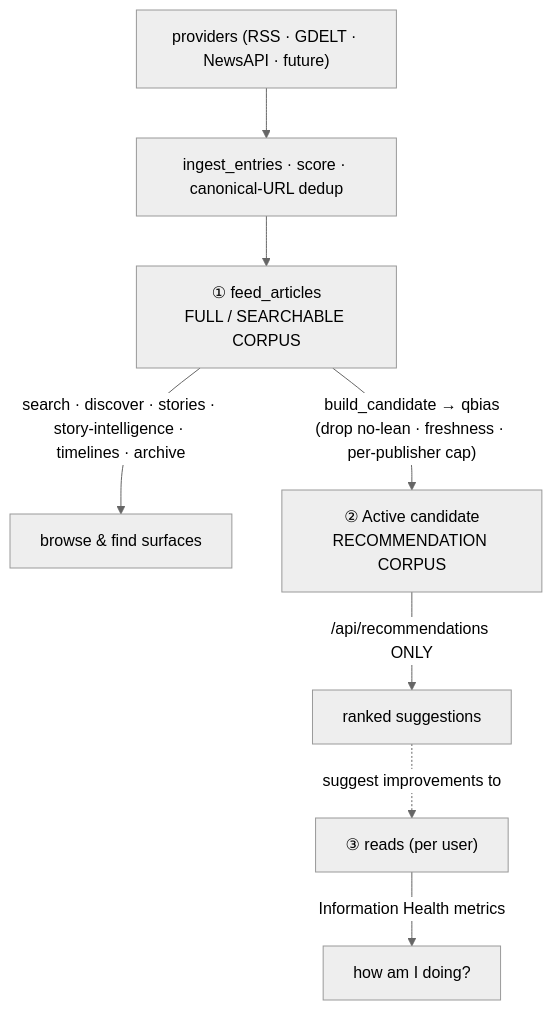
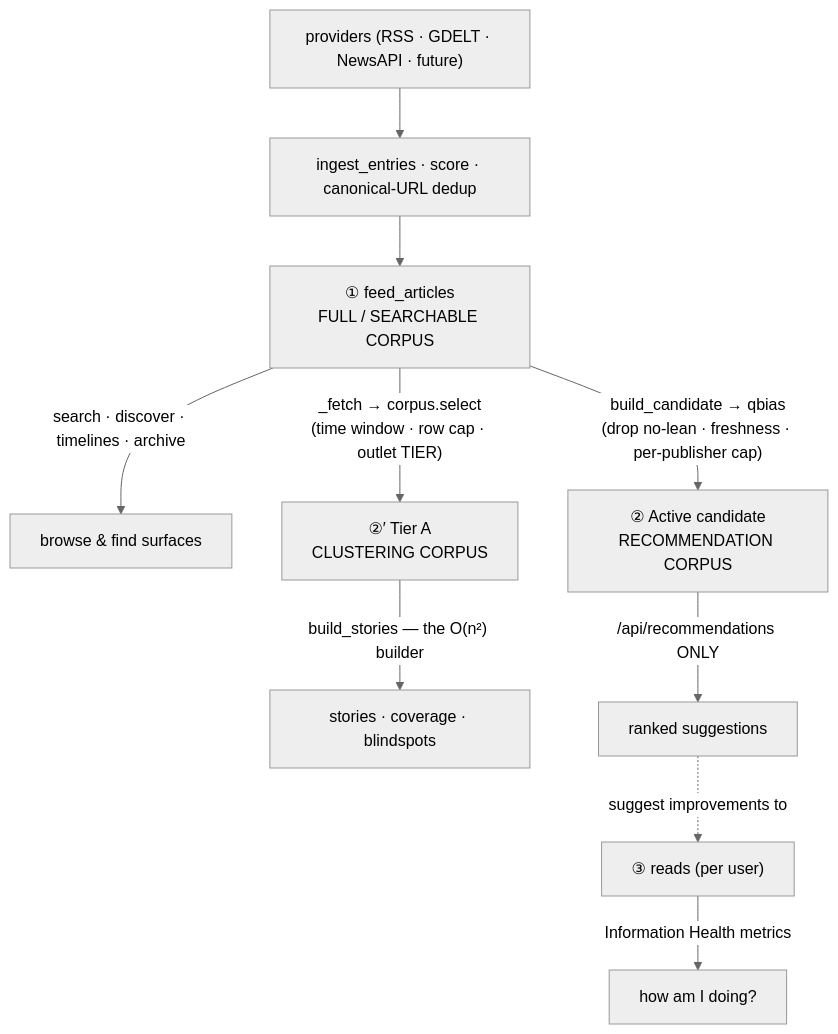
One commit to greenwichg/random_walks_with_erasure changed the diagram in docs/CORPUS_ARCHITECTURE.md. Above: the diagram before and after it, drawn with Mermaid (neutral theme). The commit also changed other lines of this file and 8 other files, not shown here.

First line of the commit message:
M1: make the clustering corpus an explicit projection

````diff
--- a/docs/CORPUS_ARCHITECTURE.md
+++ b/docs/CORPUS_ARCHITECTURE.md
@@ -35,10 +43,12 @@
 ```mermaid
 flowchart TB
     p["providers (RSS · GDELT · NewsAPI · future)"] --> ie["ingest_entries · score · canonical-URL dedup"]
     ie --> full["① feed_articles<br/>FULL / SEARCHABLE CORPUS"]
-    full -->|"search · discover · stories · story-intelligence · timelines · archive"| browse["browse & find surfaces"]
+    full -->|"search · discover · timelines · archive"| browse["browse & find surfaces"]
+    full -->|"_fetch → corpus.select<br/>(time window · row cap · outlet TIER)"| clus["②′ Tier A<br/>CLUSTERING CORPUS"]
+    clus -->|"build_stories — the O(n²) builder"| stories["stories · coverage · blindspots"]
     full -->|"build_candidate → qbias<br/>(drop no-lean · freshness · per-publisher cap)"| rec["② Active candidate<br/>RECOMMENDATION CORPUS"]
     rec -->|"/api/recommendations ONLY"| recs["ranked suggestions"]
     reads["③ reads (per user)"] -->|"Information Health metrics"| metrics["how am I doing?"]
     recs -.->|"suggest improvements to"| reads
 ```
````
